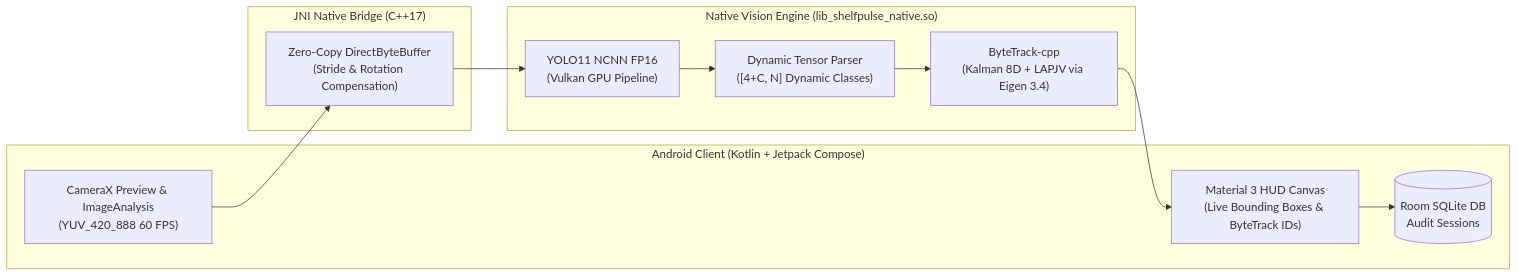
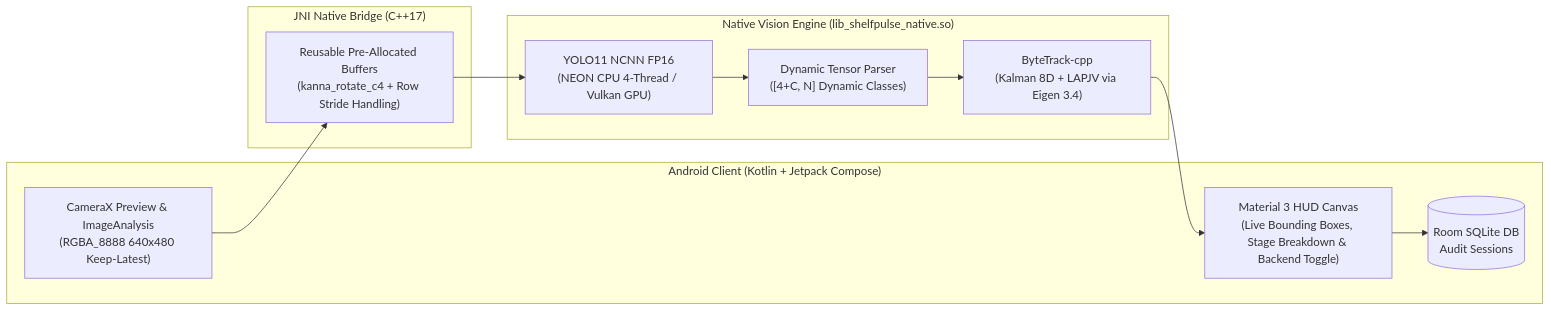
The diagram in README.md (tahadeab-ai/shelf-pulse-ai), drawn with Mermaid before and after one commit. The commit also changed other lines of this file and 4 other files, not shown here.

````diff
--- a/README.md
+++ b/README.md
@@ -72,25 +87,25 @@
 ```mermaid
 flowchart LR
     subgraph Capture ["Android Client (Kotlin + Jetpack Compose)"]
-        Cam["CameraX Preview & ImageAnalysis<br/>(YUV_420_888 60 FPS)"]
-        HUD["Material 3 HUD Canvas<br/>(Live Bounding Boxes & ByteTrack IDs)"]
+        Cam["CameraX Preview & ImageAnalysis<br/>(RGBA_8888 640x480 Keep-Latest)"]
+        HUD["Material 3 HUD Canvas<br/>(Live Bounding Boxes, Stage Breakdown & Backend Toggle)"]
         DB[("Room SQLite DB<br/>Audit Sessions")]
     end
 
     subgraph NativeBridge ["JNI Native Bridge (C++17)"]
-        DirectBuf["Zero-Copy DirectByteBuffer<br/>(Stride & Rotation Compensation)"]
+        DirectBuf["Reusable Pre-Allocated Buffers<br/>(kanna_rotate_c4 + Row Stride Handling)"]
     end
 
     subgraph VisionEngine ["Native Vision Engine (lib_shelfpulse_native.so)"]
-        Yolo["YOLO11 NCNN FP16<br/>(Vulkan GPU Pipeline)"]
+        Yolo["YOLO11 NCNN FP16<br/>(NEON CPU 4-Thread / Vulkan GPU)"]
         Parser["Dynamic Tensor Parser<br/>([4+C, N] Dynamic Classes)"]
         Tracker["ByteTrack-cpp<br/>(Kalman 8D + LAPJV via Eigen 3.4)"]
     end
 
     Cam --> DirectBuf
     DirectBuf --> Yolo
     Yolo --> Parser
     Parser --> Tracker
     Tracker --> HUD
     HUD --> DB
 ```
````
